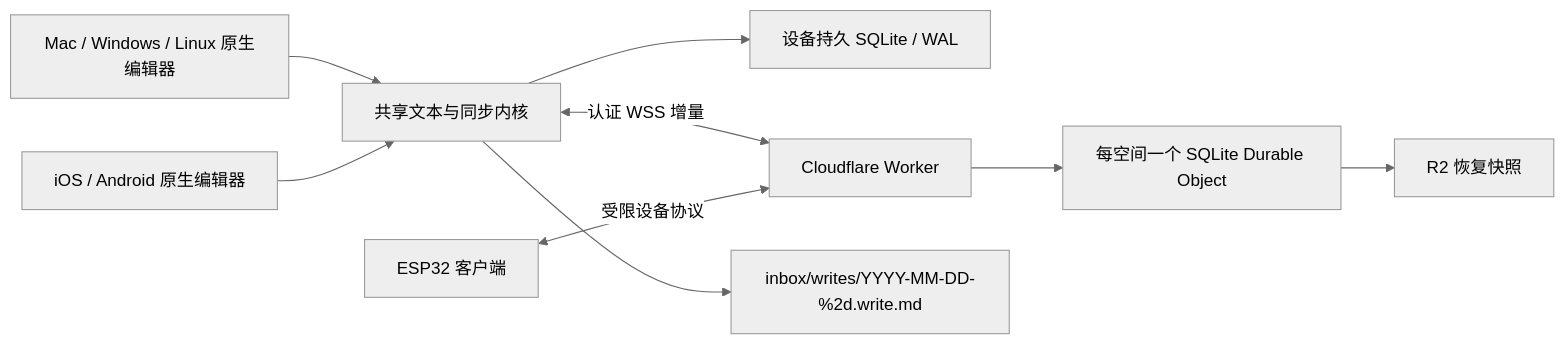
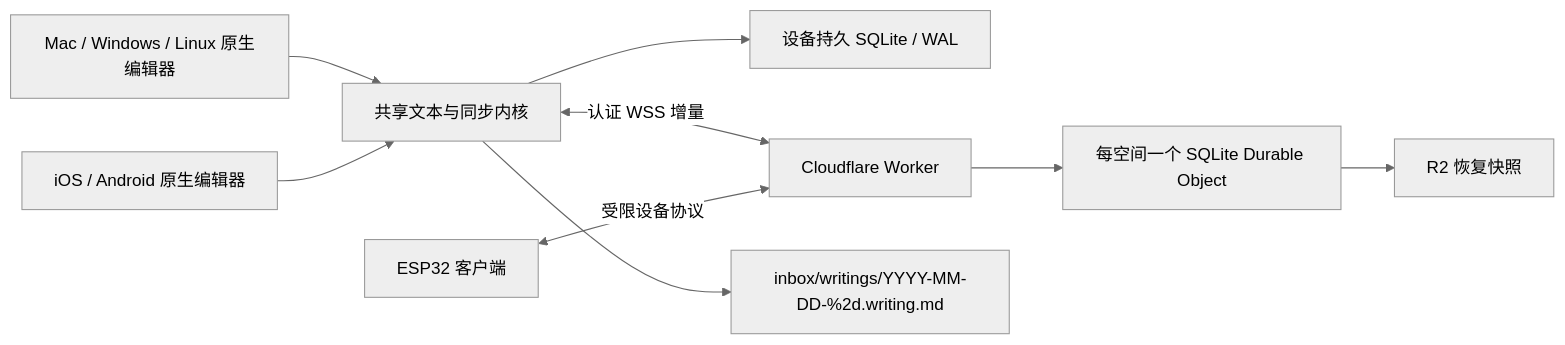
Before and after one commit to wizlijun/note.md: the diagram in docs/superpowers/specs/2026-11-07-immersive-write-design.md, drawn with Mermaid (neutral theme). The commit also changed other lines of this file and 1 other file, not shown here.

Commit message:
docs: align writing plans with Draftor and Omarchy

````diff
--- a/docs/superpowers/specs/2026-11-07-immersive-write-design.md
+++ b/docs/superpowers/specs/2026-11-07-immersive-write-design.md
@@ -172,11 +191,11 @@
 ```mermaid
 flowchart LR
   M[Mac / Windows / Linux 原生编辑器] --> C[共享文本与同步内核]
   A[iOS / Android 原生编辑器] --> C
   C --> L[设备持久 SQLite / WAL]
   C <-->|认证 WSS 增量| W[Cloudflare Worker]
   W --> D[每空间一个 SQLite Durable Object]
   D --> R[R2 恢复快照]
-  C --> V["inbox/writes/YYYY-MM-DD-%2d.write.md"]
+  C --> V["inbox/writings/YYYY-MM-DD-%2d.writing.md"]
   E[ESP32 客户端] <-->|受限设备协议| W
 ```
````
